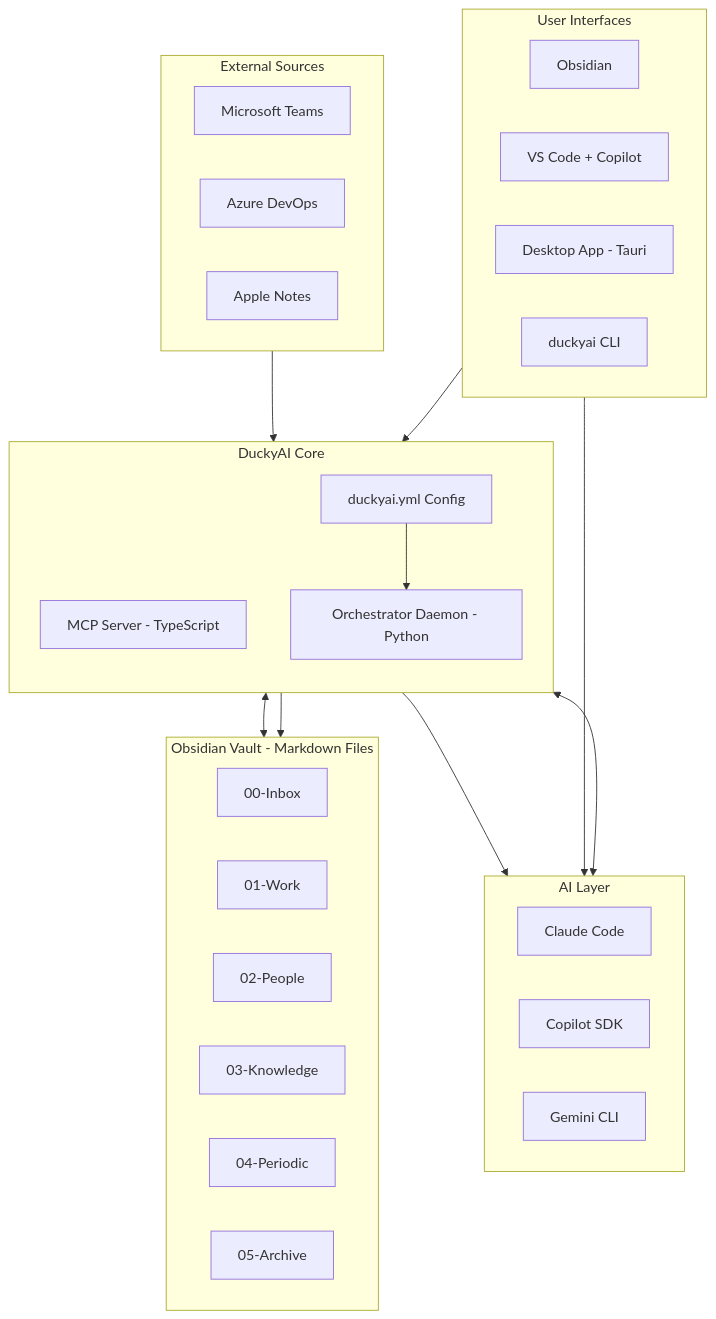
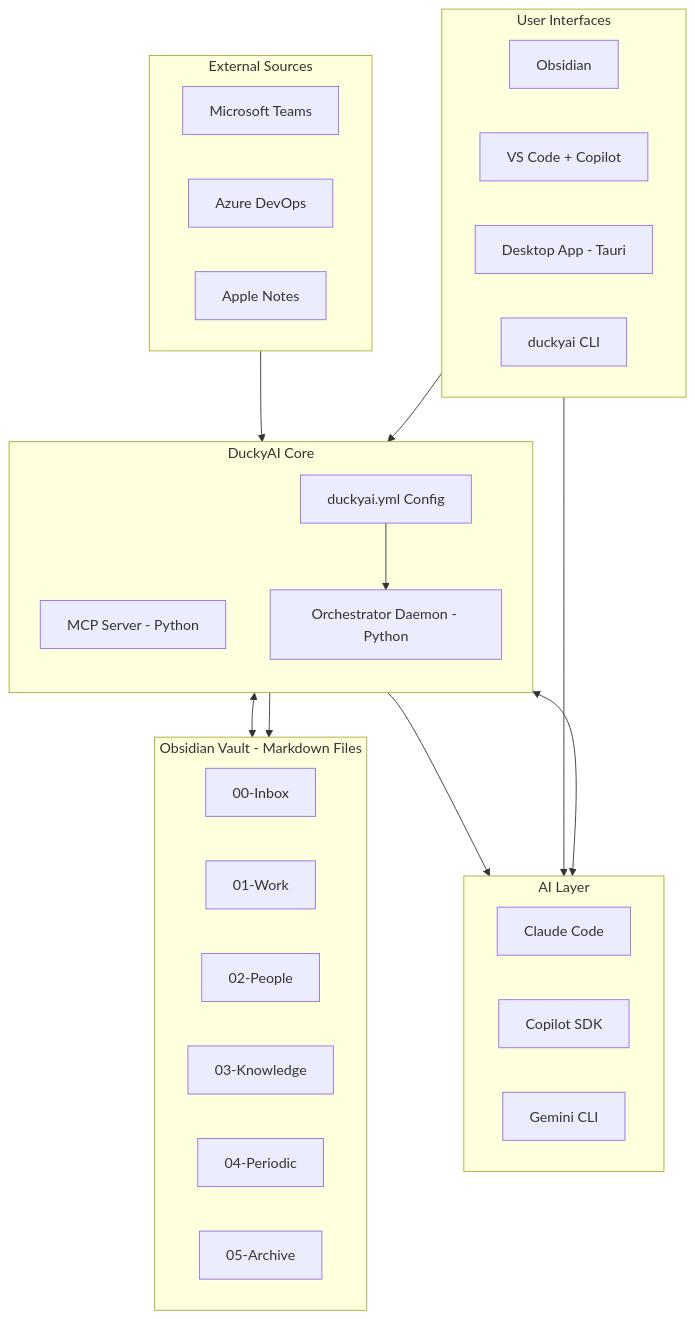
Before and after one commit to kipackjeongMS/DuckyAI: the first of 16 diagrams in docs/DuckyAI-System-Design.md, drawn with Mermaid. The commit also changed other lines of this file, not shown here.

First line of the commit message:
docs: update architecture doc with runtime process model and IPC details

````diff
--- a/docs/DuckyAI-System-Design.md
+++ b/docs/DuckyAI-System-Design.md
@@ -29,50 +29,50 @@
 ```mermaid
 graph TB
     subgraph UI["User Interfaces"]
         direction LR
         OBS[Obsidian]
         VSC[VS Code + Copilot]
         DSK[Desktop App - Tauri]
         CLI_CMD[duckyai CLI]
     end
 
     subgraph AI["AI Layer"]
         direction LR
         CC[Claude Code]
         CS[Copilot SDK]
         GC[Gemini CLI]
     end
 
     subgraph CORE["DuckyAI Core"]
         direction TB
-        MCP[MCP Server - TypeScript]
+        MCP[MCP Server - Python]
         ORCH[Orchestrator Daemon - Python]
         CFG[duckyai.yml Config]
     end
 
     subgraph VAULT["Obsidian Vault - Markdown Files"]
         direction LR
         INB[00-Inbox]
         WRK[01-Work]
         PPL[02-People]
         KNW[03-Knowledge]
         PER[04-Periodic]
         ARC[05-Archive]
     end
 
     subgraph EXT["External Sources"]
         direction LR
         TEAMS[Microsoft Teams]
         ADO[Azure DevOps]
         ANOTES[Apple Notes]
     end
 
     UI --> AI
     AI <--> MCP
     MCP <--> VAULT
     ORCH --> AI
     ORCH --> VAULT
     CFG --> ORCH
     EXT --> ORCH
     CLI_CMD --> ORCH
 ```
````
